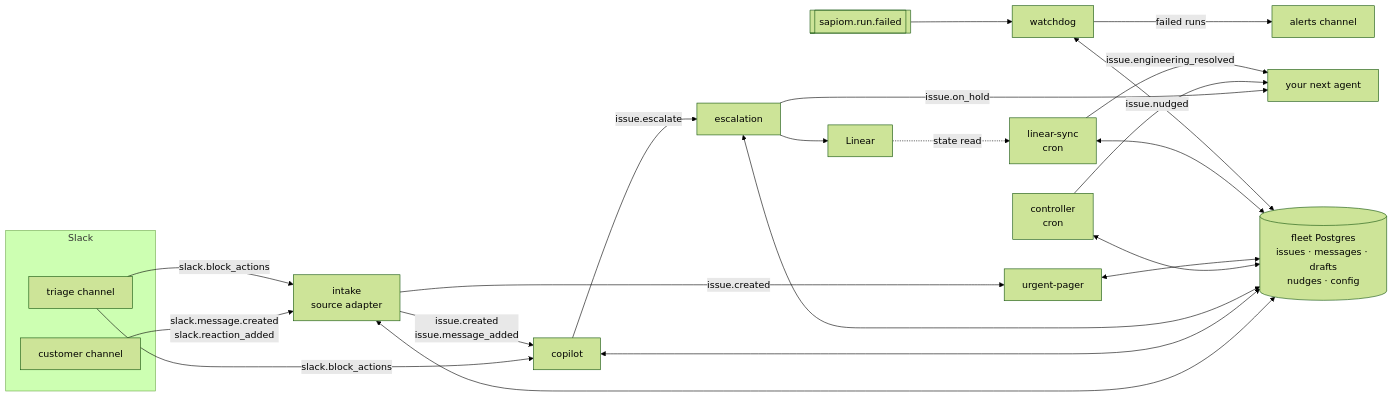
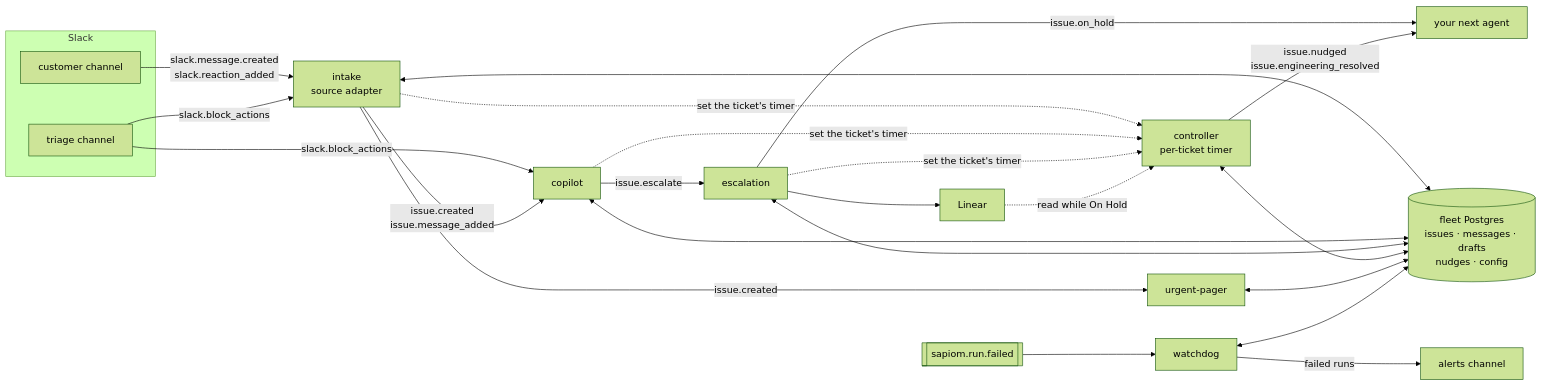
One commit to sapiom/sapiom-js changed the diagram in examples/support-desk/README.md. Above: the diagram before and after it, drawn with Mermaid (forest theme). The commit also changed other lines of this file and 1 other file, not shown here.

````diff
--- a/examples/support-desk/README.md
+++ b/examples/support-desk/README.md
@@ -511,21 +65,21 @@
 ```mermaid
 flowchart LR
   subgraph Slack
     C[customer channel]
     T[triage channel]
   end
   C -- slack.message.created<br/>slack.reaction_added --> I[intake<br/>source adapter]
   T -- slack.block_actions --> I
   T -- slack.block_actions --> P[copilot]
   I -- issue.created<br/>issue.message_added --> P
   I -- issue.created --> U[urgent-pager]
   P -- issue.escalate --> E[escalation]
   E -- issue.on_hold --> F[your next agent]
-  K[controller<br/>cron] -- issue.nudged --> F
+  I & P & E -. set the ticket's timer .-> K[controller<br/>per-ticket timer]
+  K -- issue.nudged<br/>issue.engineering_resolved --> F
   E --> L[Linear]
-  L -. state read .-> S[linear-sync<br/>cron]
-  S -- issue.engineering_resolved --> F
+  L -. read while On Hold .-> K
   R[[sapiom.run.failed]] --> W[watchdog]
   W -- failed runs --> A[alerts channel]
-  I & P & E & K & U & S & W <--> DB[(fleet Postgres<br/>issues · messages · drafts<br/>nudges · config)]
+  I & P & E & K & U & W <--> DB[(fleet Postgres<br/>issues · messages · drafts<br/>nudges · config)]
 ```
````
